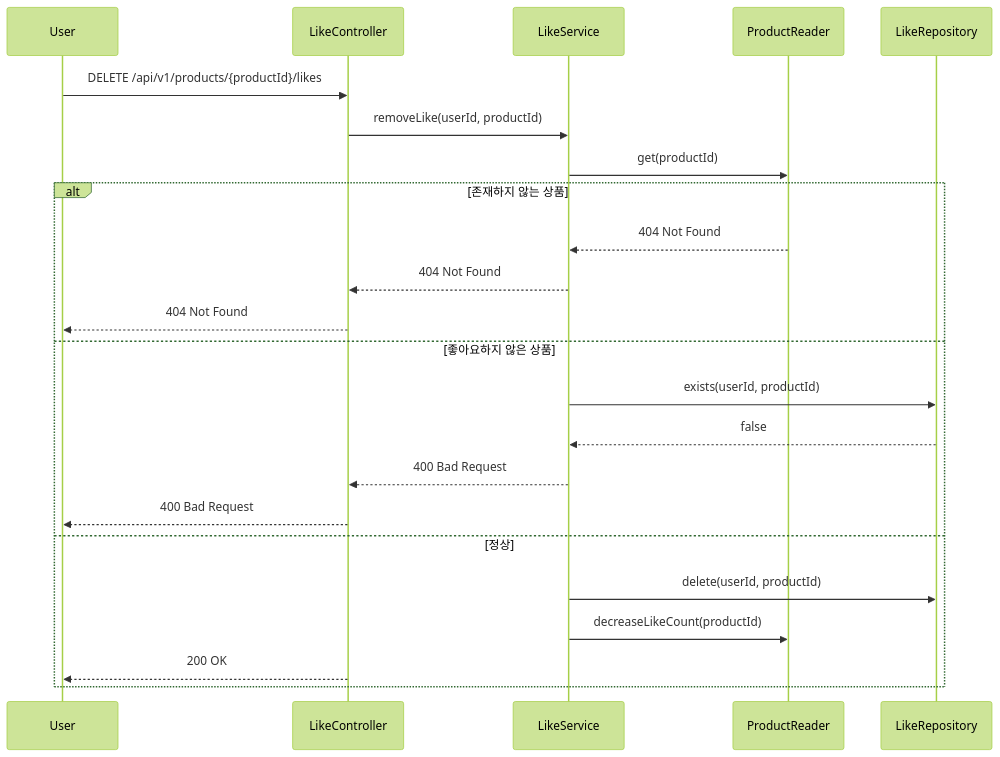
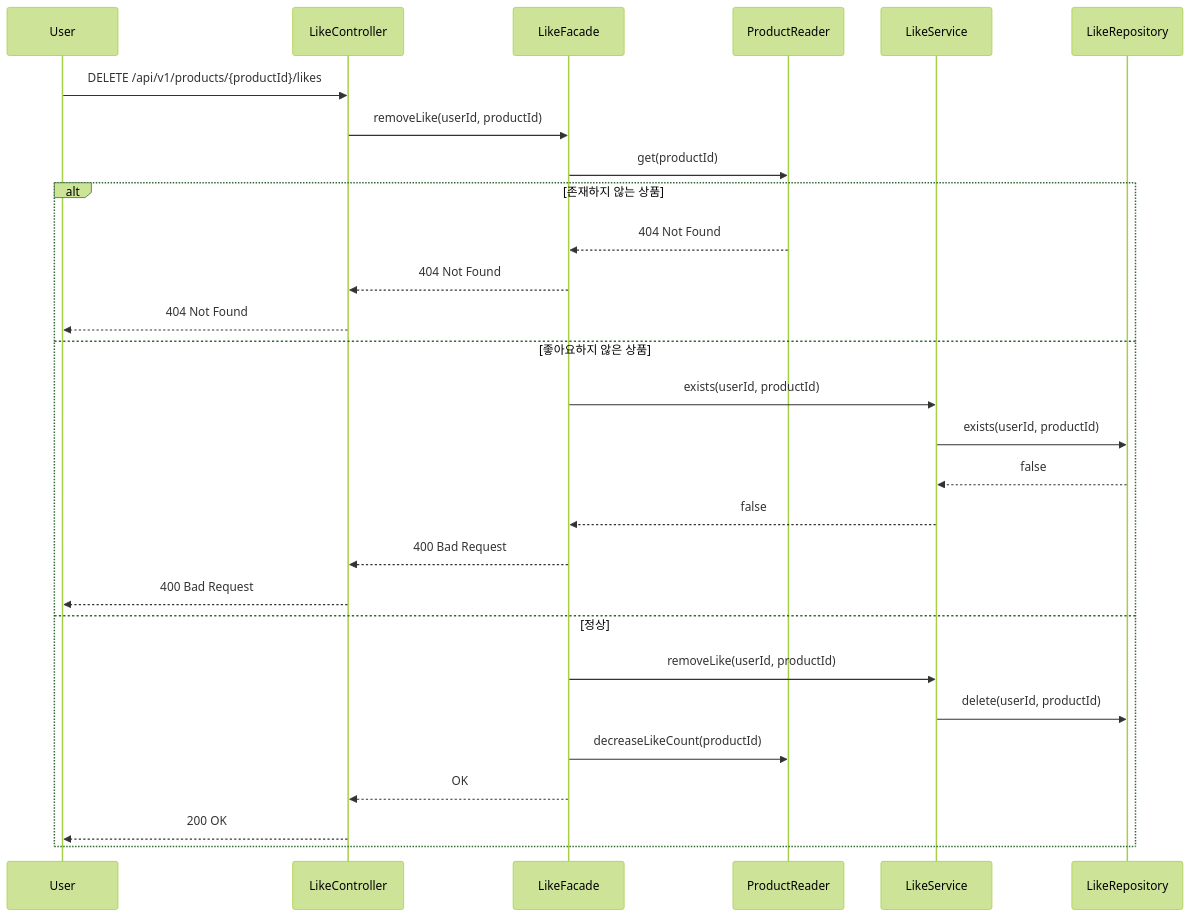
One commit to loopers-labs/loop-pack-be-l2-vol4-java changed diagram 17 of 33 in .docs/design/sequence-diagrams.md. Above: the diagram before and after it, drawn with Mermaid (forest theme). The commit also changed other lines of this file, not shown here.

Commit message:
fix: 시퀀스 다이어그램 파사드 추가

````diff
--- a/.docs/design/sequence-diagrams.md
+++ b/.docs/design/sequence-diagrams.md
@@ -447,27 +499,32 @@
 ```mermaid
 sequenceDiagram
     participant User
     participant LikeController
+    participant LikeFacade
+    participant ProductReader
     participant LikeService
-    participant ProductReader
     participant LikeRepository
 
     User->>LikeController: DELETE /api/v1/products/{productId}/likes
-    LikeController->>LikeService: removeLike(userId, productId)
-    LikeService->>ProductReader: get(productId)
+    LikeController->>LikeFacade: removeLike(userId, productId)
+    LikeFacade->>ProductReader: get(productId)
 
     alt 존재하지 않는 상품
-        ProductReader-->>LikeService: 404 Not Found
-        LikeService-->>LikeController: 404 Not Found
+        ProductReader-->>LikeFacade: 404 Not Found
+        LikeFacade-->>LikeController: 404 Not Found
         LikeController-->>User: 404 Not Found
     else 좋아요하지 않은 상품
+        LikeFacade->>LikeService: exists(userId, productId)
         LikeService->>LikeRepository: exists(userId, productId)
         LikeRepository-->>LikeService: false
-        LikeService-->>LikeController: 400 Bad Request
+        LikeService-->>LikeFacade: false
+        LikeFacade-->>LikeController: 400 Bad Request
         LikeController-->>User: 400 Bad Request
     else 정상
+        LikeFacade->>LikeService: removeLike(userId, productId)
         LikeService->>LikeRepository: delete(userId, productId)
-        LikeService->>ProductReader: decreaseLikeCount(productId)
+        LikeFacade->>ProductReader: decreaseLikeCount(productId)
+        LikeFacade-->>LikeController: OK
         LikeController-->>User: 200 OK
     end
 ```
````
